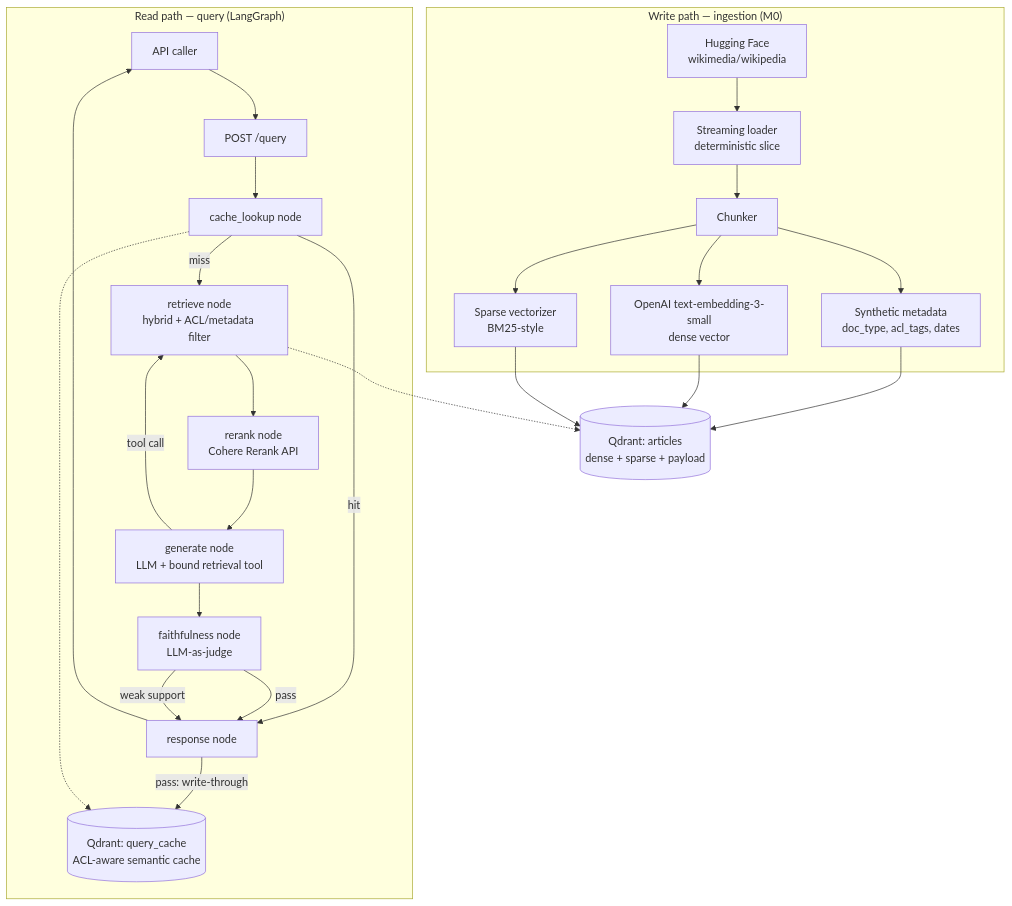
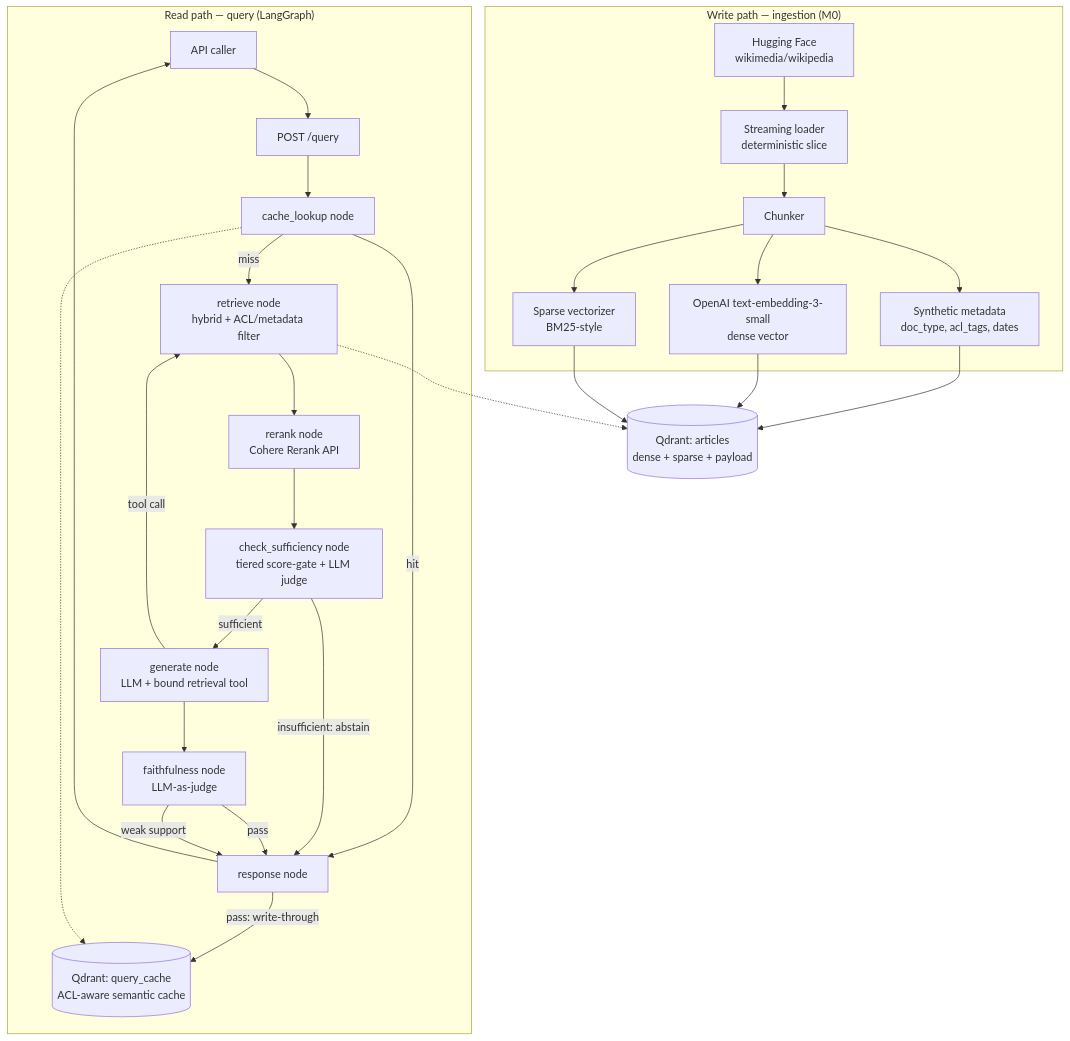
Before and after one commit to rishav91/Grounded-RAG-over-Wikipedia-articles-dataset: the first of 3 diagrams in docs/ARCHITECTURE.md, drawn with Mermaid. The commit also changed other lines of this file and 5 other files, not shown here.

````diff
--- a/docs/ARCHITECTURE.md
+++ b/docs/ARCHITECTURE.md
@@ -33,47 +33,50 @@
 ```mermaid
 flowchart TB
     subgraph WritePath["Write path — ingestion (M0)"]
         HF["Hugging Face\nwikimedia/wikipedia"]
         Loader["Streaming loader\ndeterministic slice"]
         Chunker["Chunker"]
         Meta["Synthetic metadata\ndoc_type, acl_tags, dates"]
         Embed["OpenAI text-embedding-3-small\ndense vector"]
         Sparse["Sparse vectorizer\nBM25-style"]
 
         HF --> Loader --> Chunker --> Meta
         Chunker --> Embed
         Chunker --> Sparse
     end
 
     Articles[("Qdrant: articles\ndense + sparse + payload")]
     Cache[("Qdrant: query_cache\nACL-aware semantic cache")]
 
     Meta --> Articles
     Embed --> Articles
     Sparse --> Articles
 
     subgraph ReadPath["Read path — query (LangGraph)"]
         Client["API caller"]
         API["POST /query"]
         CacheLookup["cache_lookup node"]
         Retrieve["retrieve node\nhybrid + ACL/metadata filter"]
         Rerank["rerank node\nCohere Rerank API"]
+        Sufficiency["check_sufficiency node\ntiered score-gate + LLM judge"]
         Generate["generate node\nLLM + bound retrieval tool"]
         Faith["faithfulness node\nLLM-as-judge"]
         Response["response node"]
 
         Client --> API --> CacheLookup
         CacheLookup -->|hit| Response
         CacheLookup -->|miss| Retrieve
-        Retrieve --> Rerank --> Generate
+        Retrieve --> Rerank --> Sufficiency
+        Sufficiency -->|sufficient| Generate
+        Sufficiency -->|insufficient: abstain| Response
         Generate -->|tool call| Retrieve
         Generate --> Faith
         Faith -->|pass| Response
         Faith -->|weak support| Response
         Response -->|pass: write-through| Cache
         Response --> Client
     end
 
     CacheLookup -.-> Cache
     Retrieve -.-> Articles
 ```
````
